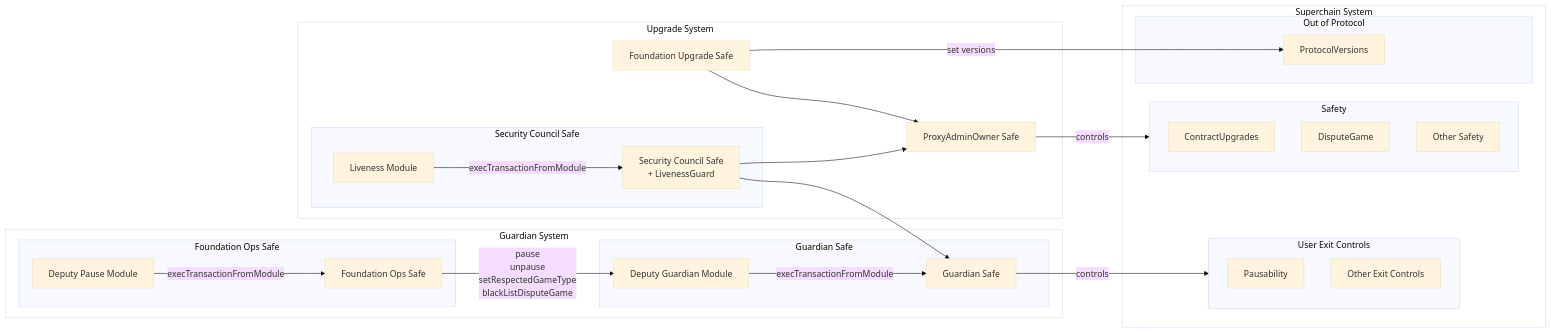
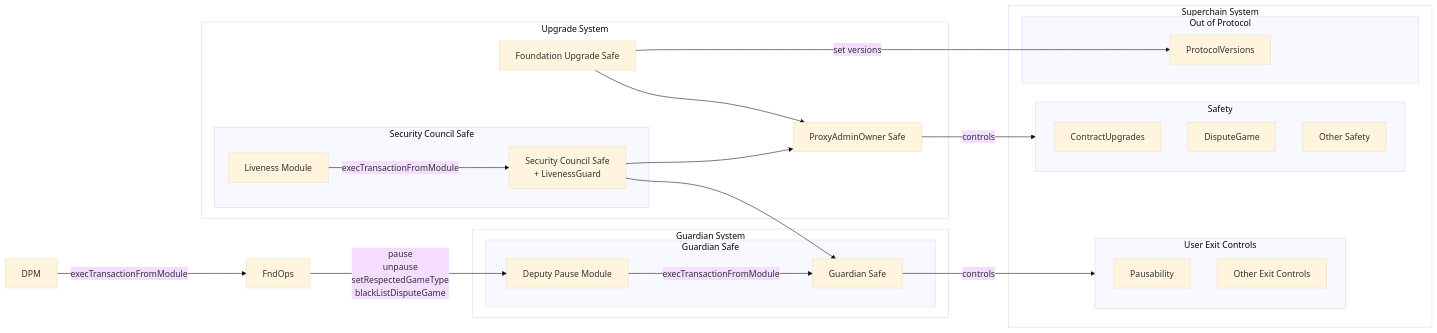
The diagram in specs/protocol/stage-1.md (ethereum-optimism/specs), drawn with Mermaid (base theme) before and after one commit. The commit also changed other lines of this file and 5 other files, not shown here.

````diff
--- a/specs/protocol/stage-1.md
+++ b/specs/protocol/stage-1.md
@@ -99,52 +94,48 @@
 ```mermaid
 flowchart LR
    subgraph SuperchainSystem[Superchain System]
       subgraph Exit[User Exit Controls]
          Pausability
          OtherExit[Other Exit Controls]
       end
       subgraph Safety
          ContractUpgrades
          DisputeGame
          OtherSafety[Other Safety]
       end
       subgraph NonProtocol[Out of Protocol]
          PV[ProtocolVersions]
       end
    end
 
    subgraph UpgradeSystem[Upgrade System]
       FndUp[Foundation Upgrade Safe]
       POA[ProxyAdminOwner Safe]
       subgraph Security Council Safe
          Council[Security Council Safe\n+ LivenessGuard]
          LM[Liveness Module]
       end
    end
 
    subgraph GuardianSystem[Guardian System]
       subgraph GuardianSafe[Guardian Safe]
          GS[Guardian Safe]
-         DGM[Deputy Guardian Module]
-      end
-      subgraph FndOpsSafe[Foundation Ops Safe]
-         FndOps[Foundation Ops Safe]
-         DPM[Deputy Pause Module]
+         DGM[Deputy Pause Module]
       end
    end
 
     POA -->|controls| Safety
     FndUp --> POA
     Council --> POA
     Council --> GS
     FndOps -->|pause\nunpause\nsetRespectedGameType\nblackListDisputeGame| DGM
     DPM -->|execTransactionFromModule| FndOps
     FndUp -->|set versions|PV
     LM -->|execTransactionFromModule| Council
     DGM -->|execTransactionFromModule| GS
     GS -->|controls| Exit
 
    %% Declare a class to make the outer boxes somewhat transparent to provide some contrast
    classDef outer fill:#ffffff44
    class SuperchainSystem,GuardianSystem,UpgradeSystem outer
 ```
````
